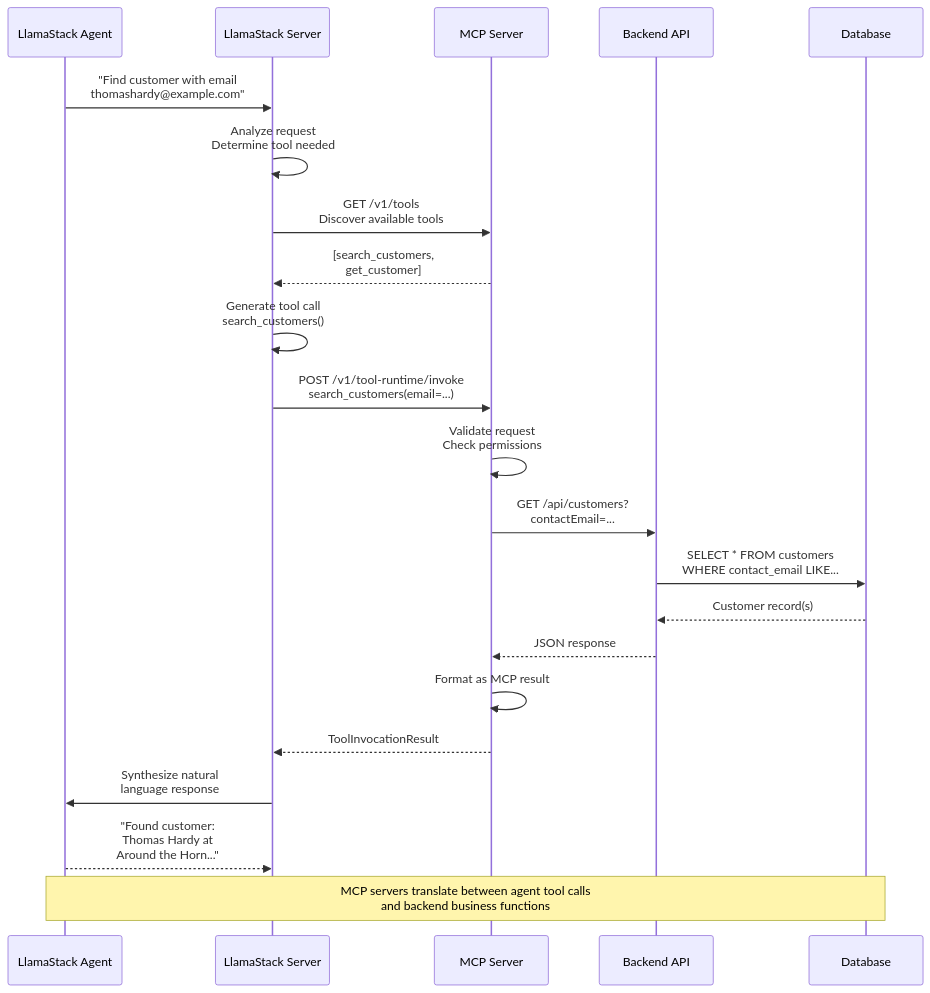
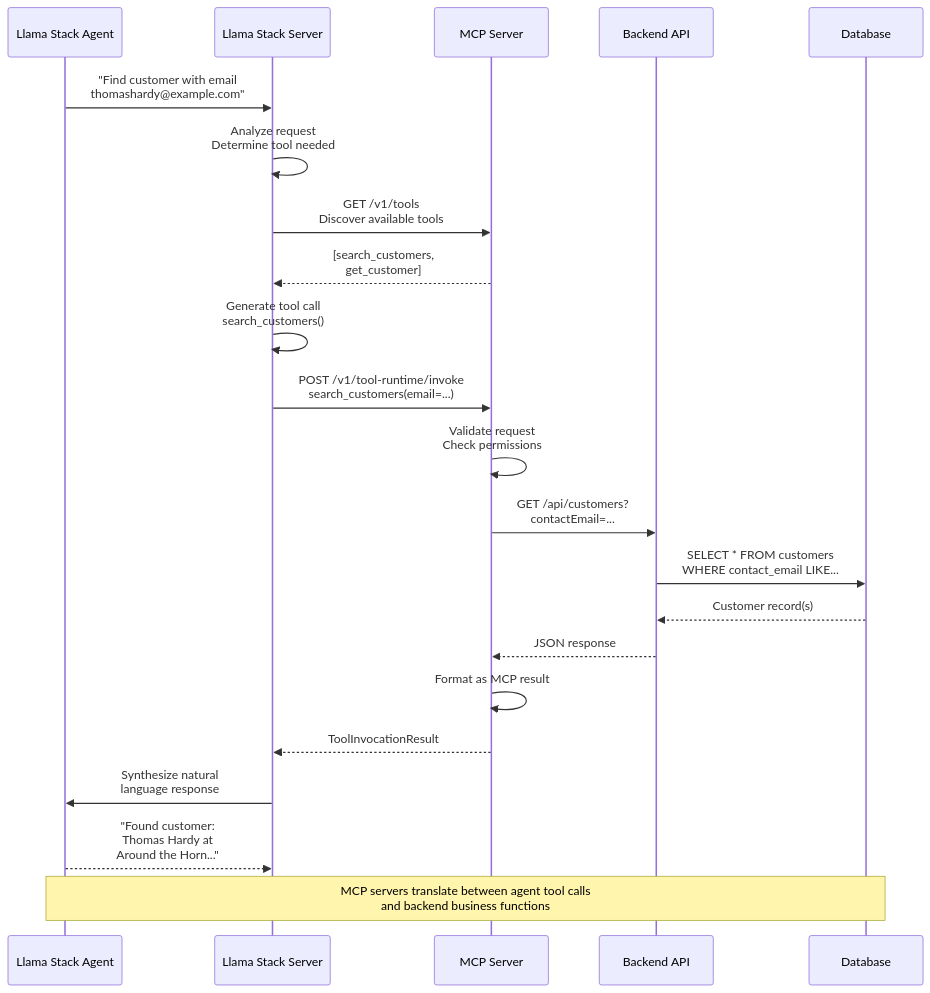
Before and after one commit to rhpds/showroom-agentic-ai-llamastack: the second of 2 diagrams in content/modules/ROOT/pages/07-backend-setup.adoc, drawn with Mermaid. The commit also changed other lines of this file and 5 other files, not shown here.

Commit message:
correcting LlamaStack to Llama Stack

```diff
--- a/content/modules/ROOT/pages/07-backend-setup.adoc
+++ b/content/modules/ROOT/pages/07-backend-setup.adoc
@@ -146,27 +146,27 @@
 [mermaid,width=100%]
 ----
 sequenceDiagram
-    participant Agent as LlamaStack Agent
-    participant LLS as LlamaStack Server
+    participant Agent as Llama Stack Agent
+    participant LLS as Llama Stack Server
     participant MCP as MCP Server
     participant API as Backend API
     participant DB as Database
 
     Agent->>LLS: "Find customer with email<br/>thomashardy@example.com"
     LLS->>LLS: Analyze request<br/>Determine tool needed
     LLS->>MCP: GET /v1/tools<br/>Discover available tools
     MCP-->>LLS: [search_customers,<br/>get_customer]
     LLS->>LLS: Generate tool call<br/>search_customers()
     LLS->>MCP: POST /v1/tool-runtime/invoke<br/>search_customers(email=...)
     MCP->>MCP: Validate request<br/>Check permissions
     MCP->>API: GET /api/customers?<br/>contactEmail=...
     API->>DB: SELECT * FROM customers<br/>WHERE contact_email LIKE...
     DB-->>API: Customer record(s)
     API-->>MCP: JSON response
     MCP->>MCP: Format as MCP result
     MCP-->>LLS: ToolInvocationResult
     LLS->>Agent: Synthesize natural<br/>language response
     Agent-->>LLS: "Found customer:<br/>Thomas Hardy at<br/>Around the Horn..."
 
     Note over Agent,DB: MCP servers translate between agent tool calls<br/>and backend business functions
 ----
```
